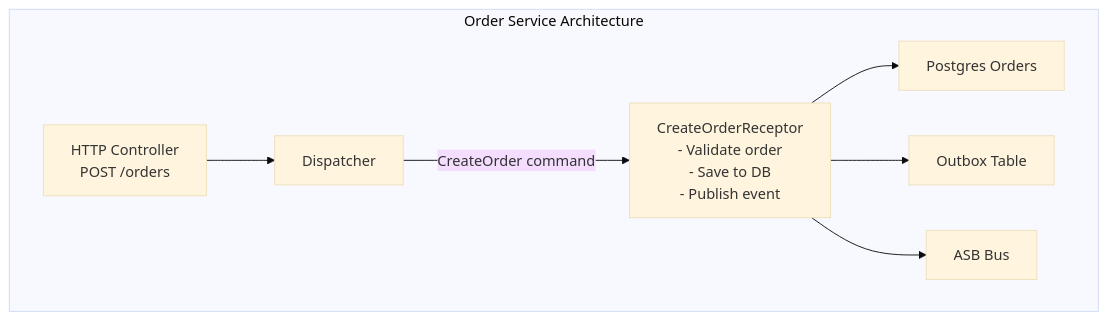
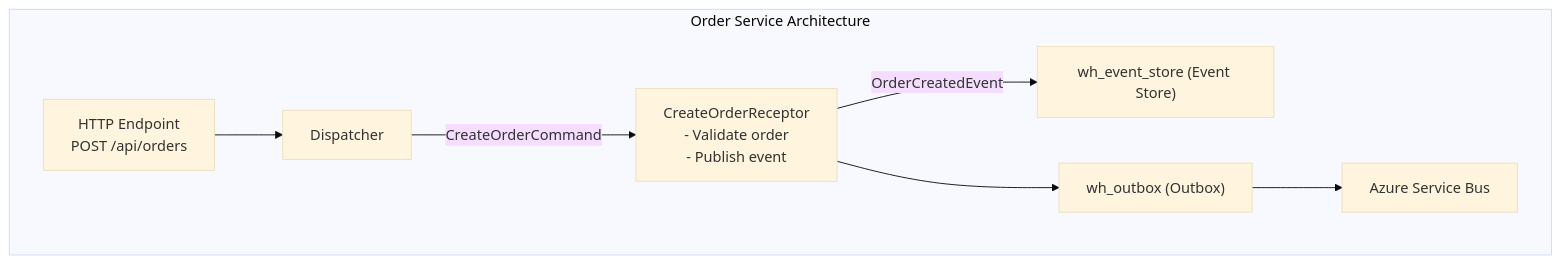
The first of 2 diagrams in src/assets/docs/v1.0.0/learn/tutorial/order-management.md (whizbang-lib/whizbang-lib.github.io), drawn with Mermaid (base theme) before and after one commit. The commit also changed other lines of this file and 48 other files, not shown here.

````diff
--- a/src/assets/docs/v1.0.0/learn/tutorial/order-management.md
+++ b/src/assets/docs/v1.0.0/learn/tutorial/order-management.md
@@ -34,23 +42,23 @@
 ```mermaid
 flowchart TD
     subgraph OSA["Order Service Architecture"]
-        Controller["HTTP Controller<br/>POST /orders"]
+        Endpoint["HTTP Endpoint<br/>POST /api/orders"]
         Dispatcher["Dispatcher"]
-        Receptor["CreateOrderReceptor<br/>- Validate order<br/>- Save to DB<br/>- Publish event"]
-        Orders["Postgres Orders"]
-        Outbox["Outbox Table"]
-        ASB["ASB Bus"]
+        Receptor["CreateOrderReceptor<br/>- Validate order<br/>- Publish event"]
+        EventStore["wh_event_store (Event Store)"]
+        Outbox["wh_outbox (Outbox)"]
+        ASB["Azure Service Bus"]
 
-        Controller --> Dispatcher
-        Dispatcher -->|"CreateOrder command"| Receptor
-        Receptor --> Orders
+        Endpoint --> Dispatcher
+        Dispatcher -->|"CreateOrderCommand"| Receptor
+        Receptor -->|"OrderCreatedEvent"| EventStore
         Receptor --> Outbox
-        Receptor --> ASB
+        Outbox --> ASB
     end
 
-    class Controller layer-core
+    class Endpoint layer-core
     class Dispatcher layer-command
     class Receptor layer-core
-    class Orders layer-event
+    class EventStore layer-event
     class Outbox,ASB layer-command
 ```
````
